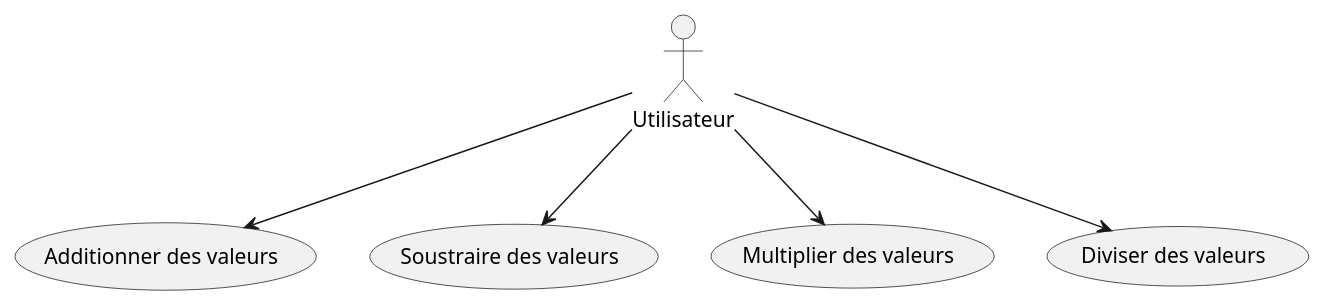
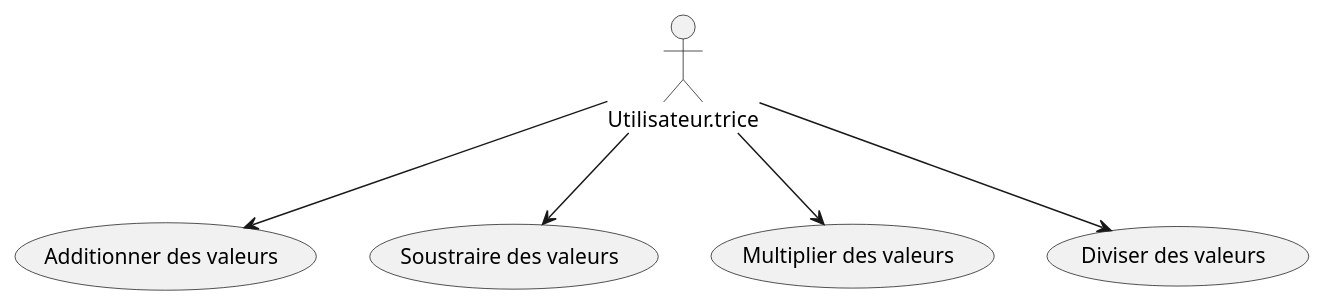
Before and after one commit to theobrogrammer/log430-a25-labo0: the diagram in docs/views/use_case.puml, drawn with PlantUML. The commit also changed 9 other files, not shown here.

```diff
--- a/docs/views/use_case.puml
+++ b/docs/views/use_case.puml
@@ -1,6 +1,6 @@
 @startuml
-    Utilisateur --> (Additionner des valeurs)
-    Utilisateur --> (Soustraire des valeurs)
-    Utilisateur --> (Multiplier des valeurs)
-    Utilisateur --> (Diviser des valeurs)
+    Utilisateur.trice --> (Additionner des valeurs)
+    Utilisateur.trice --> (Soustraire des valeurs)
+    Utilisateur.trice --> (Multiplier des valeurs)
+    Utilisateur.trice --> (Diviser des valeurs)
 @enduml
```
